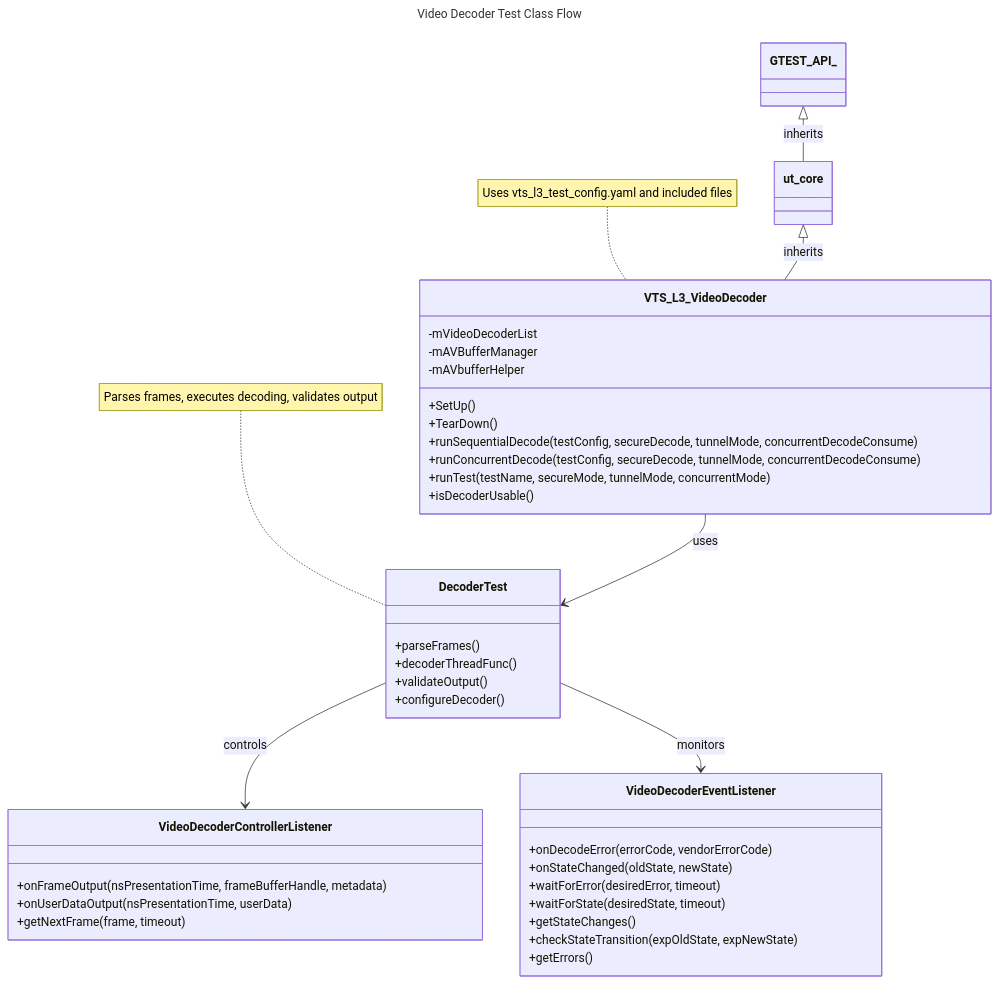
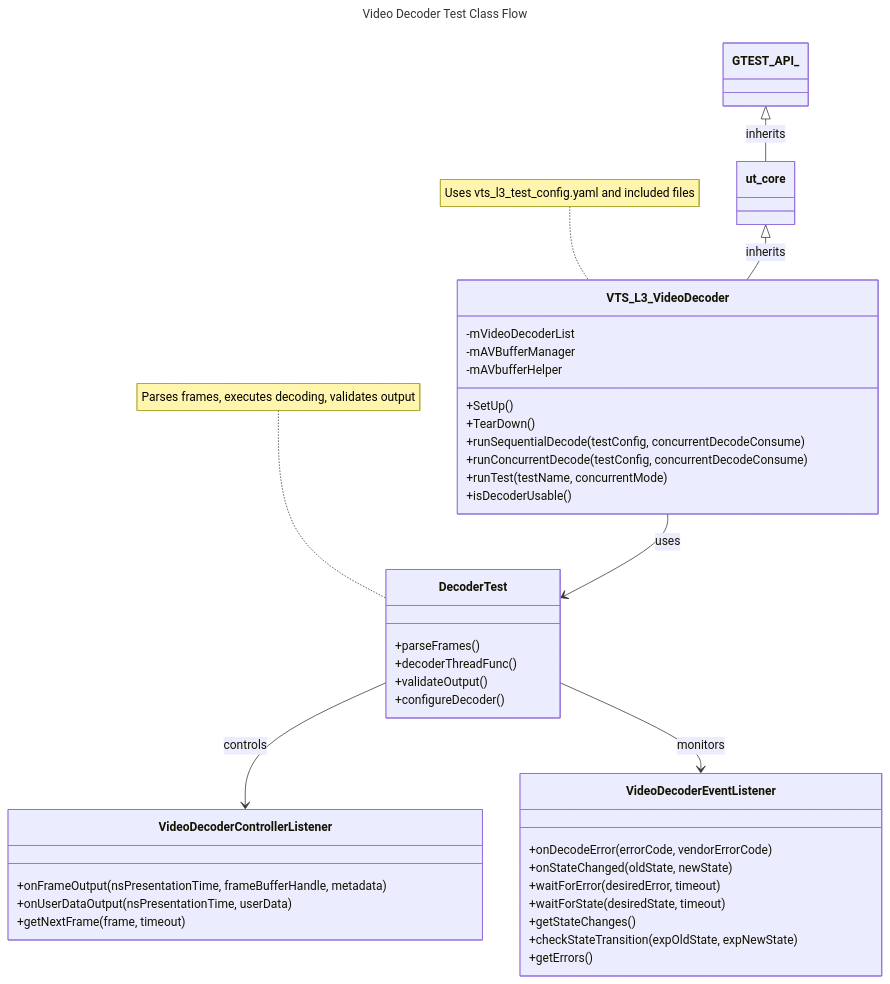
The first of 10 diagrams in docs/pages/VideoDecoder_L3_Low-level_TestSpecification.md (rdkcentral/rdk-halif-aidl-test-videodecoder), drawn with Mermaid before and after one commit. The commit also changed other lines of this file and 14 other files, not shown here.

````diff
--- a/docs/pages/VideoDecoder_L3_Low-level_TestSpecification.md
+++ b/docs/pages/VideoDecoder_L3_Low-level_TestSpecification.md
@@ -224,48 +244,48 @@
 ```mermaid
 ---
 title: Video Decoder Test Class Flow
 ---
 classDiagram
     class GTEST_API_ {
     }
     class ut_core {
     }
     class VTS_L3_VideoDecoder {
         +SetUp()
         +TearDown()
-        +runSequentialDecode(testConfig, secureDecode, tunnelMode, concurrentDecodeConsume)
-        +runConcurrentDecode(testConfig, secureDecode, tunnelMode, concurrentDecodeConsume)
-        +runTest(testName, secureMode, tunnelMode, concurrentMode)
+        +runSequentialDecode(testConfig, concurrentDecodeConsume)
+        +runConcurrentDecode(testConfig, concurrentDecodeConsume)
+        +runTest(testName, concurrentMode)
         +isDecoderUsable()
         -mVideoDecoderList
         -mAVBufferManager
         -mAVbufferHelper
     }
     class DecoderTest {
         +parseFrames()
         +decoderThreadFunc()
         +validateOutput()
         +configureDecoder()
     }
     class VideoDecoderControllerListener {
         +onFrameOutput(nsPresentationTime, frameBufferHandle, metadata)
         +onUserDataOutput(nsPresentationTime, userData)
         +getNextFrame(frame, timeout)
     }
     class VideoDecoderEventListener {
         +onDecodeError(errorCode, vendorErrorCode)
         +onStateChanged(oldState, newState)
         +waitForError(desiredError, timeout)
         +waitForState(desiredState, timeout)
         +getStateChanges()
         +checkStateTransition(expOldState, expNewState)
         +getErrors()
     }
     GTEST_API_ <|-- ut_core : inherits
     ut_core <|-- VTS_L3_VideoDecoder : inherits
     VTS_L3_VideoDecoder --> DecoderTest : uses
     DecoderTest --> VideoDecoderControllerListener : controls
     DecoderTest --> VideoDecoderEventListener : monitors
     note for VTS_L3_VideoDecoder "Uses vts_l3_test_config.yaml and included files"
     note for DecoderTest "Parses frames, executes decoding, validates output"
 ```
````
